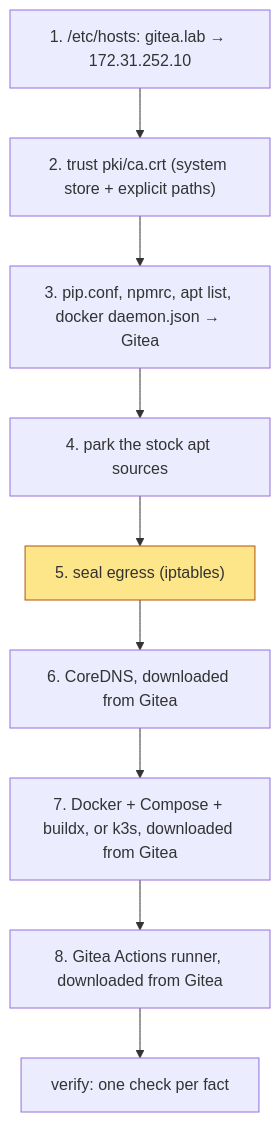
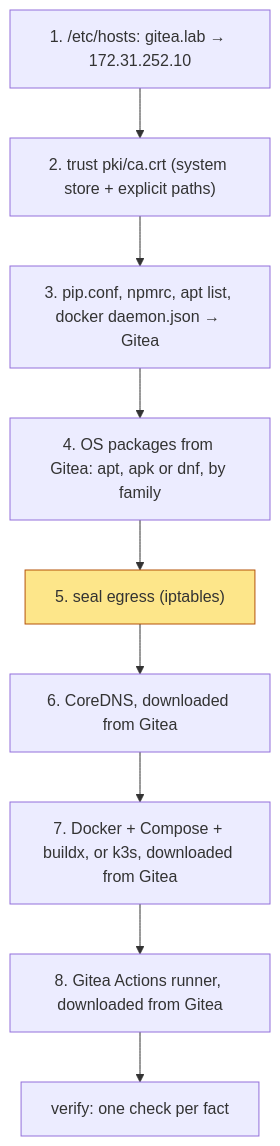
One commit to bshadmehr98/outpost changed the diagram in docs/tutorial/07-nodes.md. Above: the diagram before and after it, drawn with Mermaid. The commit also changed other lines of this file and 54 other files, not shown here.

````diff
--- a/docs/tutorial/07-nodes.md
+++ b/docs/tutorial/07-nodes.md
@@ -15,12 +15,12 @@
 ```mermaid
 flowchart TD
     A["1. /etc/hosts: gitea.lab → 172.31.252.10"] --> B["2. trust pki/ca.crt (system store + explicit paths)"]
     B --> C["3. pip.conf, npmrc, apt list, docker daemon.json → Gitea"]
-    C --> D["4. park the stock apt sources"]
+    C --> D["4. OS packages from Gitea: apt, apk or dnf, by family"]
     D --> E["5. seal egress (iptables)"]
     E --> F["6. CoreDNS, downloaded from Gitea"]
     F --> G["7. Docker + Compose + buildx, or k3s, downloaded from Gitea"]
     G --> H["8. Gitea Actions runner, downloaded from Gitea"]
     H --> V["verify: one check per fact"]
     style E fill:#fde68a,stroke:#b45309
 ```
````
